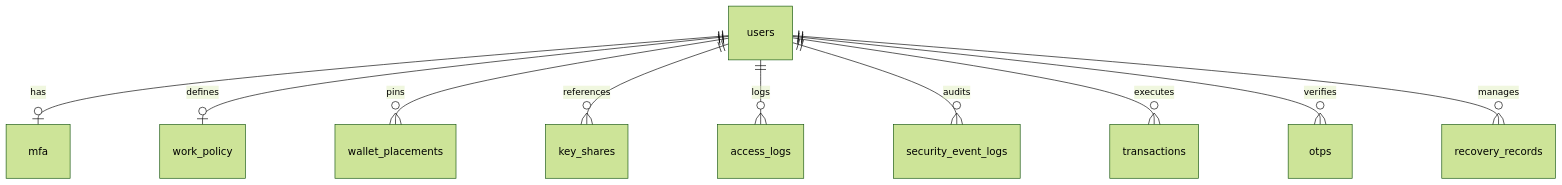
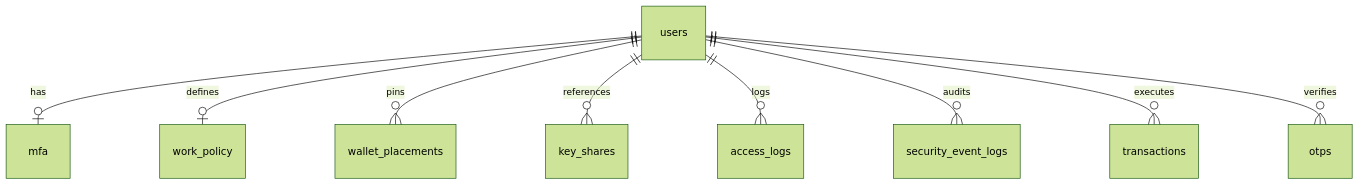
The diagram in README.md (shubhammongoosetech/saral-poc), drawn with Mermaid (forest theme) before and after one commit. The commit also changed other lines of this file and 99 other files, not shown here.

````diff
--- a/README.md
+++ b/README.md
@@ -297,12 +293,11 @@
 ```mermaid
 erDiagram
     users ||--o| mfa : has
     users ||--o| work_policy : defines
     users ||--o{ wallet_placements : pins
     users ||--o{ key_shares : references
     users ||--o{ access_logs : logs
     users ||--o{ security_event_logs : audits
     users ||--o{ transactions : executes
     users ||--o{ otps : verifies
-    users ||--o{ recovery_records : manages
 ```
````
